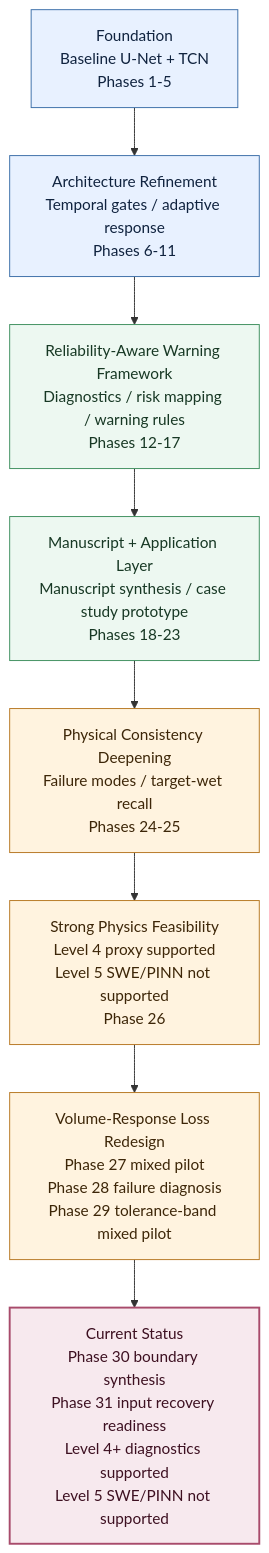
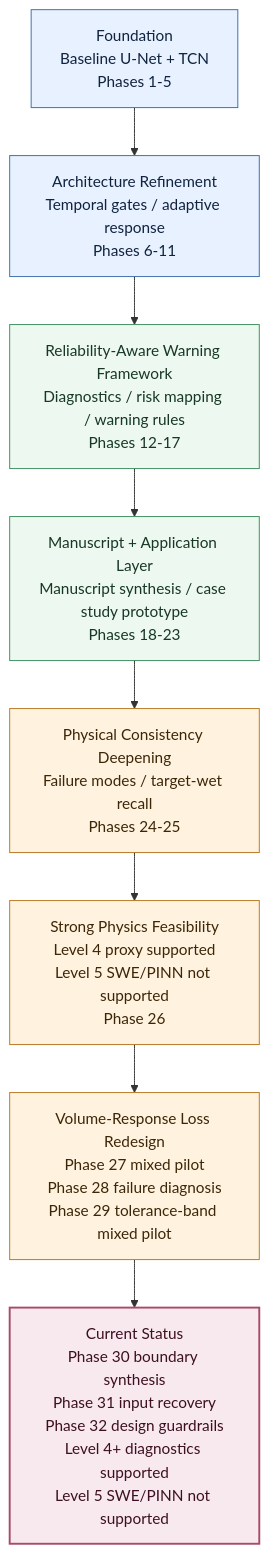
Before and after one commit to HolyLin990604/physics-guided-urban-flood-prediction: the second of 3 diagrams in README.md, drawn with Mermaid. The commit also changed other lines of this file and 2 other files, not shown here.

Commit message:
docs: sync phase32 domain boundary status

````diff
--- a/README.md
+++ b/README.md
@@ -28,18 +28,18 @@
 ```mermaid
 flowchart TB
     A["Foundation<br/>Baseline U-Net + TCN<br/>Phases 1-5"]:::foundation
     B["Architecture Refinement<br/>Temporal gates / adaptive response<br/>Phases 6-11"]:::foundation
     C["Reliability-Aware Warning Framework<br/>Diagnostics / risk mapping / warning rules<br/>Phases 12-17"]:::reliability
     D["Manuscript + Application Layer<br/>Manuscript synthesis / case study prototype<br/>Phases 18-23"]:::reliability
     E["Physical Consistency Deepening<br/>Failure modes / target-wet recall<br/>Phases 24-25"]:::physics
     F["Strong Physics Feasibility<br/>Level 4 proxy supported<br/>Level 5 SWE/PINN not supported<br/>Phase 26"]:::physics
     G["Volume-Response Loss Redesign<br/>Phase 27 mixed pilot<br/>Phase 28 failure diagnosis<br/>Phase 29 tolerance-band mixed pilot"]:::physics
-    H["Current Status<br/>Phase 30 boundary synthesis<br/>Phase 31 input recovery readiness<br/>Level 4+ diagnostics supported<br/>Level 5 SWE/PINN not supported"]:::current
+    H["Current Status<br/>Phase 30 boundary synthesis<br/>Phase 31 input recovery<br/>Phase 32 design guardrails<br/>Level 4+ diagnostics supported<br/>Level 5 SWE/PINN not supported"]:::current
 
     A --> B --> C --> D --> E --> F --> G --> H
 
     classDef foundation fill:#e8f1ff,stroke:#3b6ea8,stroke-width:1px,color:#10233f
     classDef reliability fill:#edf8f1,stroke:#3f8f5f,stroke-width:1px,color:#173824
     classDef physics fill:#fff3df,stroke:#b77722,stroke-width:1px,color:#3d2608
     classDef current fill:#f7e9ee,stroke:#a84b6b,stroke-width:2px,color:#3d1021
 ```
````
